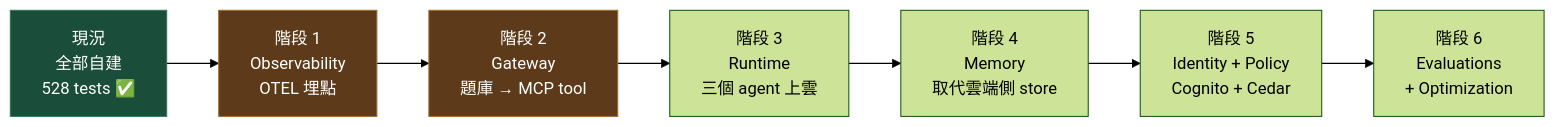
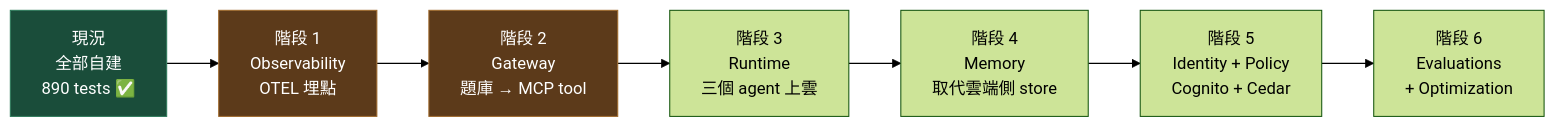
Before and after one commit to bbudaedu/talkybuddy: the fourth of 4 diagrams in docs/AGENTCORE_ARCHITECTURE.md, drawn with Mermaid (forest theme). The commit also changed other lines of this file and 1 other file, not shown here.

````diff
--- a/docs/AGENTCORE_ARCHITECTURE.md
+++ b/docs/AGENTCORE_ARCHITECTURE.md
@@ -194,14 +199,14 @@
 ```mermaid
 flowchart LR
-    P0["現況<br/>全部自建<br/>528 tests ✅"] --> P1
+    P0["現況<br/>全部自建<br/>890 tests ✅"] --> P1
     P1["階段 1<br/>Observability<br/>OTEL 埋點"] --> P2
     P2["階段 2<br/>Gateway<br/>題庫 → MCP tool"] --> P3
     P3["階段 3<br/>Runtime<br/>三個 agent 上雲"] --> P4
     P4["階段 4<br/>Memory<br/>取代雲端側 store"] --> P5
     P5["階段 5<br/>Identity + Policy<br/>Cognito + Cedar"] --> P6
     P6["階段 6<br/>Evaluations<br/>+ Optimization"]
 
     style P0 fill:#1a4d3a,stroke:#2d7a5a,color:#fff
     style P1 fill:#5c3a1a,stroke:#9f6a2d,color:#fff
     style P2 fill:#5c3a1a,stroke:#9f6a2d,color:#fff
 ```
````
